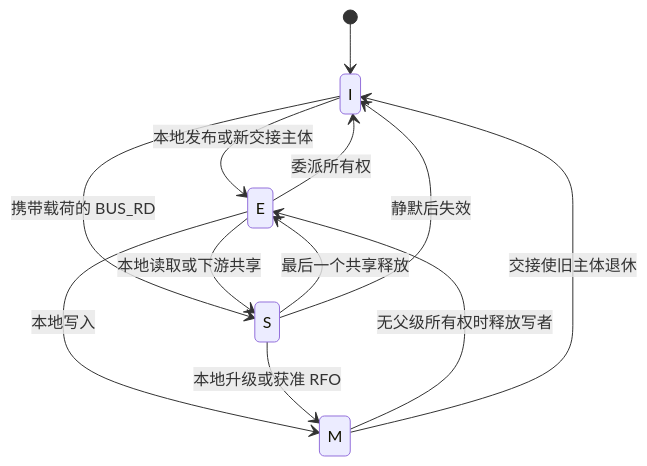
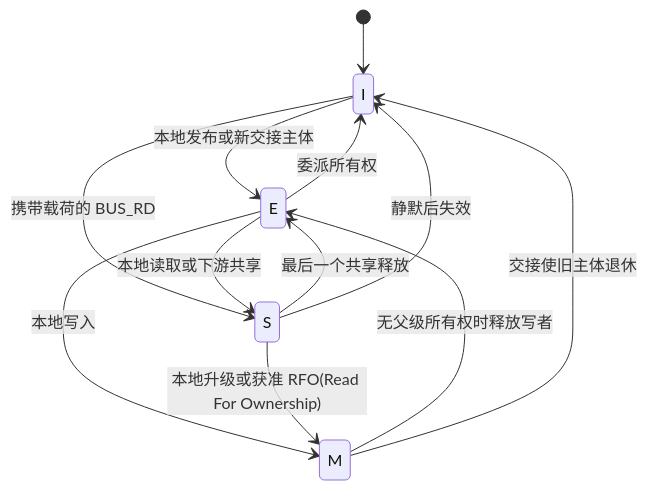
One commit to diaosj/fluxway changed the first of 6 diagrams in docs/coherence_protocol_zh.md. Above: the diagram before and after it, drawn with Mermaid. The commit also changed other lines of this file and 39 other files, not shown here.

Commit message:
[Docs] Enrich documentation files for SPMD protocol, placement recipes, and architecture.

````diff
--- a/docs/coherence_protocol_zh.md
+++ b/docs/coherence_protocol_zh.md
@@ -104,14 +104,14 @@
 ```mermaid
 stateDiagram-v2
   [*] --> I
   I --> E: 本地发布或新交接主体
   I --> S: 携带载荷的 BUS_RD
   E --> S: 本地读取或下游共享
   S --> E: 最后一个共享释放
   E --> M: 本地写入
-  S --> M: 本地升级或获准 RFO
+  S --> M: 本地升级或获准 RFO(Read For Ownership)
   M --> E: 无父级所有权时释放写者
   M --> I: 交接使旧主体退休
   E --> I: 委派所有权
   S --> I: 静默后失效
 ```
````
